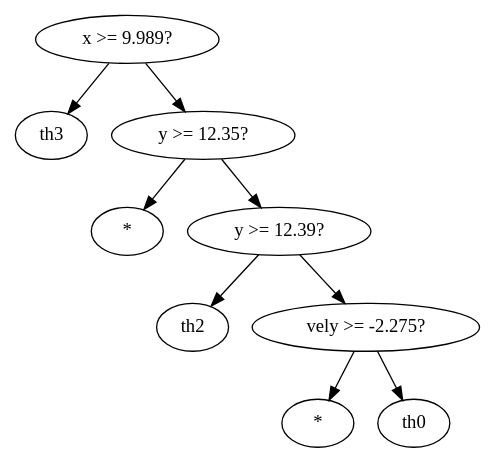
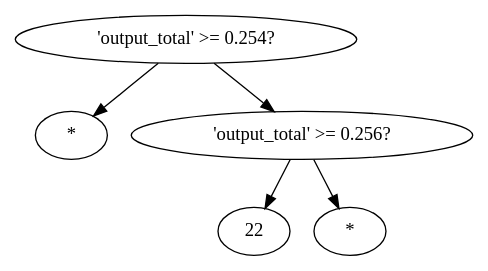
The diagram in pics/tree.dot (linusheck/molehill), drawn with Graphviz before and after one commit. The commit also changed 9 other files, not shown here.

```diff
--- a/pics/tree.dot
+++ b/pics/tree.dot
@@ -1,19 +1,11 @@
 digraph tree {
-    "0x0" [label="x >= 9.989?"];
-    "0x1" [label="th3"];
-    "0x2" [label="y >= 12.35?"];
-    "0x3" [label="*"];
-    "0x4" [label="y >= 12.39?"];
-    "0x5" [label="th2"];
-    "0x6" [label="vely >= -2.275?"];
-    "0x7" [label="*"];
-    "0x8" [label="th0"];
+    "0x0" [label=" 'output_total' >= 0.254?"];
+    "0x1" [label="*"];
+    "0x2" [label=" 'output_total' >= 0.256?"];
+    "0x3" [label="22"];
+    "0x4" [label="*"];
     "0x0" -> "0x1";
     "0x0" -> "0x2";
     "0x2" -> "0x3";
     "0x2" -> "0x4";
-    "0x4" -> "0x5";
-    "0x4" -> "0x6";
-    "0x6" -> "0x7";
-    "0x6" -> "0x8";
 }
```
